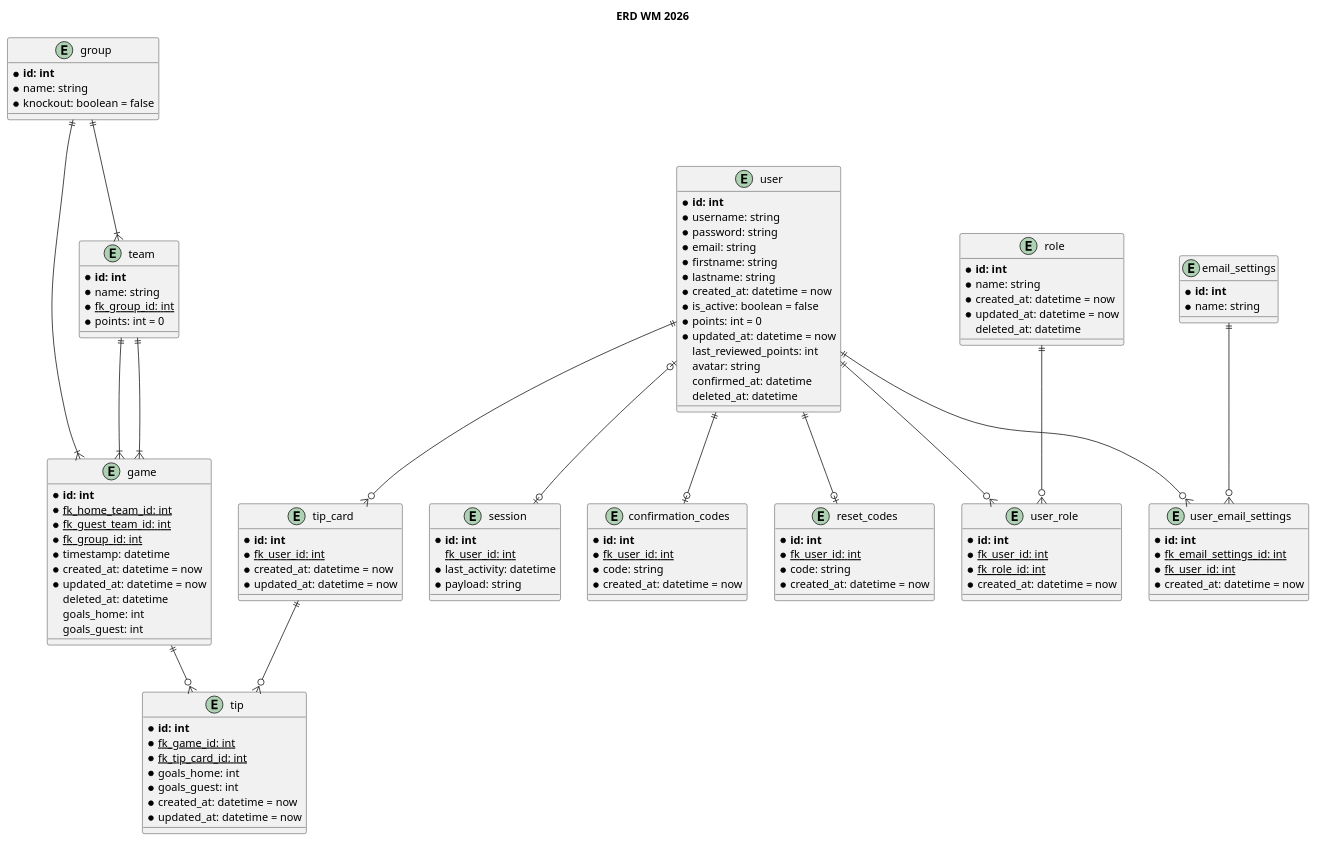
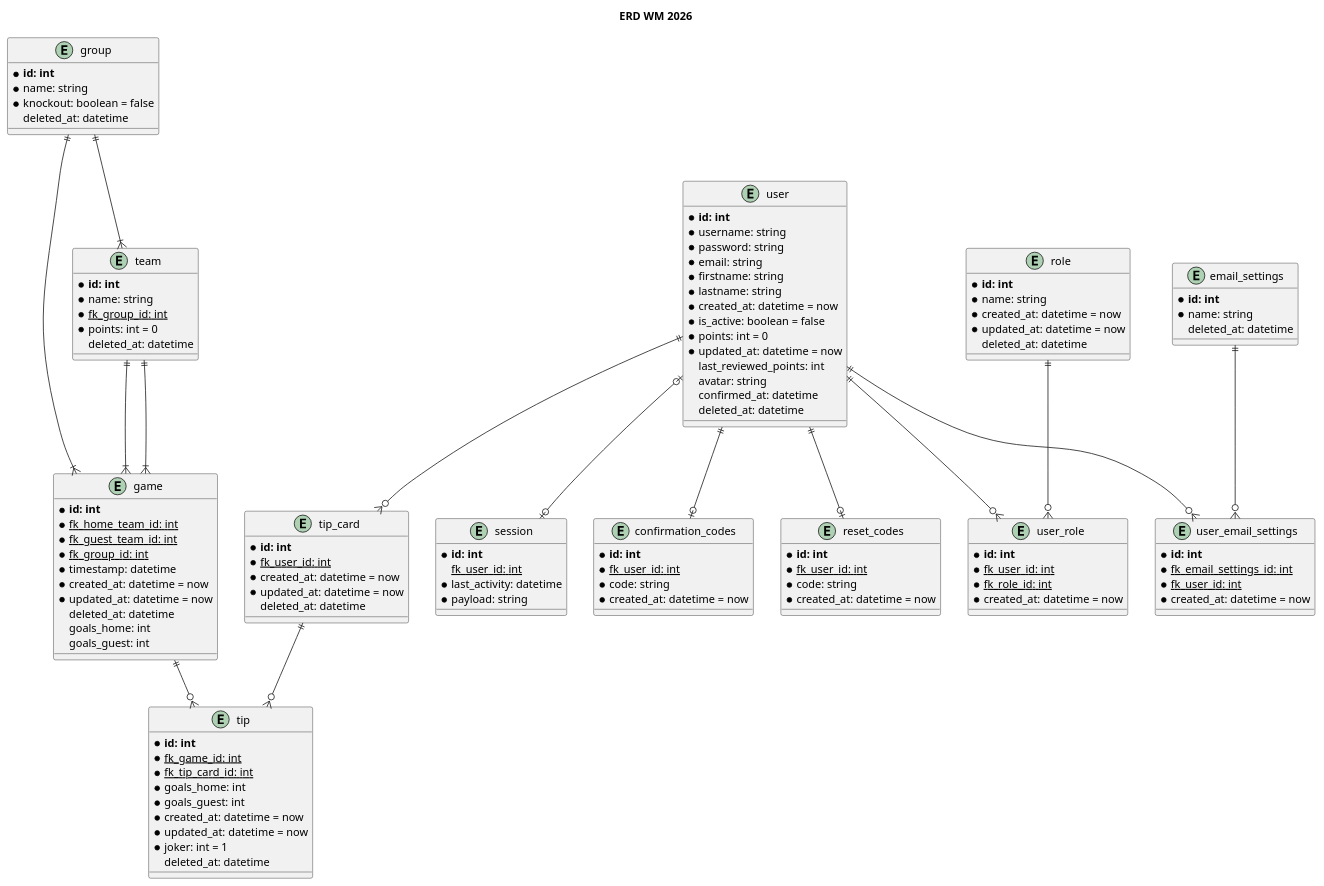
One commit to NoOneHardy/wm-2026 changed the diagram in data/erd.puml. Above: the diagram before and after it, drawn with PlantUML. The commit also changed 1 other file, not shown here.

```diff
--- a/data/erd.puml
+++ b/data/erd.puml
@@ -1,128 +1,134 @@
 @startuml erd
 
 title ERD WM 2026
 
 entity user {
     * **id: int**
     * username: string
     * password: string
     * email: string
     * firstname: string
     * lastname: string
     * created_at: datetime = now
     * is_active: boolean = false
     * points: int = 0
     * updated_at: datetime = now
     last_reviewed_points: int
     avatar: string
     confirmed_at: datetime
     deleted_at: datetime
 }
 
 entity confirmation_codes {
     * **id: int**
     * {static} fk_user_id: int
     * code: string
     * created_at: datetime = now
 }
 
 entity reset_codes {
     * **id: int**
     * {static} fk_user_id: int
     * code: string
     * created_at: datetime = now
 }
 
 entity session {
     * **id: int**
     {static} fk_user_id: int
     * last_activity: datetime
     * payload: string
 }
 
 entity role {
     * **id: int**
     * name: string
     * created_at: datetime = now
     * updated_at: datetime = now
     deleted_at: datetime
 }
 
 entity user_role {
     * **id: int**
     * {static} fk_user_id: int
     * {static} fk_role_id: int
     * created_at: datetime = now
 }
 
 entity game {
     * **id: int**
     * {static} fk_home_team_id: int
     * {static} fk_guest_team_id: int
     * {static} fk_group_id: int
     * timestamp: datetime
     * created_at: datetime = now
     * updated_at: datetime = now
     deleted_at: datetime
     goals_home: int
     goals_guest: int
 }
 
 entity team {
     * **id: int**
     * name: string
     * {static} fk_group_id: int
     * points: int = 0
+    deleted_at: datetime
 }
 
 entity group {
     * **id: int**
     * name: string
     * knockout: boolean = false
+    deleted_at: datetime
 }
 
 entity tip {
     * **id: int**
     * {static} fk_game_id: int
     * {static} fk_tip_card_id: int
     * goals_home: int
     * goals_guest: int
     * created_at: datetime = now
     * updated_at: datetime = now
+    * joker: int = 1
+    deleted_at: datetime
 }
 
 entity tip_card {
     * **id: int**
     * {static} fk_user_id: int
     * created_at: datetime = now
     * updated_at: datetime = now
+    deleted_at: datetime
 }
 
 entity email_settings {
     * **id: int**
     * name: string
+    deleted_at: datetime
 }
 
 entity user_email_settings {
     * **id: int**
     * {static} fk_email_settings_id: int
     * {static} fk_user_id: int
     * created_at: datetime = now
 }
 
 user ||--o| confirmation_codes
 user ||--o| reset_codes
 user |o--o| session
 user ||--o{ user_role
 role ||--o{ user_role
 team ||--|{ game
 team ||--|{ game
 group ||--|{ game
 group ||--|{ team
 game ||--o{ tip
 tip_card ||--o{ tip
 user ||--o{ tip_card
 email_settings ||--o{ user_email_settings
 user ||--o{ user_email_settings
 
 @enduml
```
